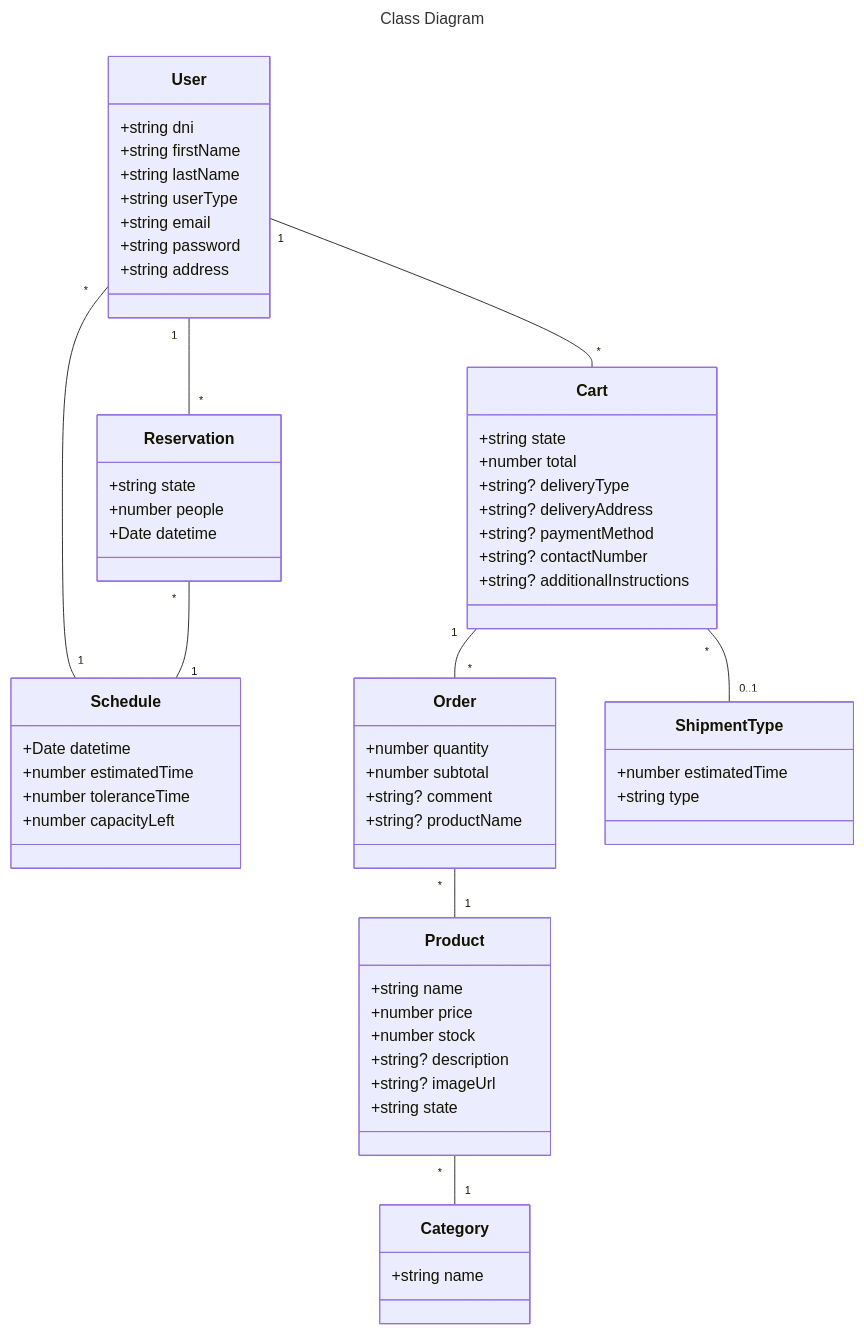
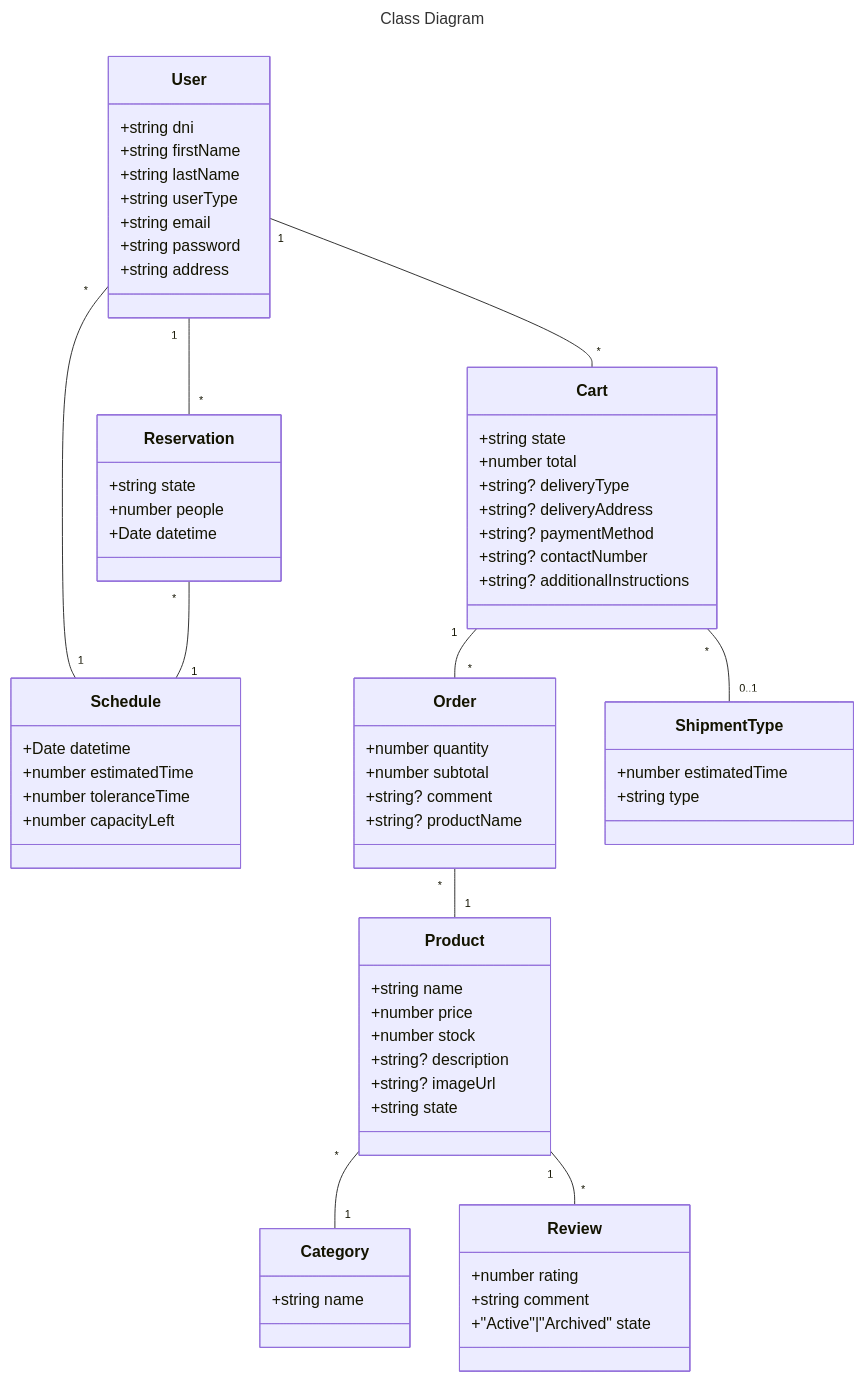
One commit to FacundoLpl/TP-Dsw changed the diagram in README.md. Above: the diagram before and after it, drawn with Mermaid. The commit also changed other lines of this file, not shown here.

````diff
--- a/README.md
+++ b/README.md
@@ -31,75 +31,83 @@
 ```mermaid
 ---
 title: Class Diagram
 ---
 classDiagram
 
 %% Relaciones
 User "1" -- "*" Cart
 User "1" -- "*" Reservation
 User "*" -- "1" Schedule
 Cart "1" -- "*" Order
 Cart "*" -- "0..1" ShipmentType
 Order "*" -- "1" Product
 Product "*" -- "1" Category
 Reservation "*" -- "1" Schedule
+Product "1" -- "*" Review
 
 %% Clases
 class User {
   +string dni
   +string firstName
   +string lastName
   +string userType
   +string email
   +string password
   +string address
 }
 
 class Cart {
   +string state
   +number total
   +string? deliveryType
   +string? deliveryAddress
   +string? paymentMethod
   +string? contactNumber
   +string? additionalInstructions
 }
 
 class Order {
   +number quantity
   +number subtotal
   +string? comment
   +string? productName
 }
 
 class Product {
   +string name
   +number price
   +number stock
   +string? description
   +string? imageUrl
   +string state
 }
 
 class Category {
   +string name
 }
 
 class ShipmentType {
   +number estimatedTime
   +string type
 }
 
 class Reservation {
   +string state
   +number people
   +Date datetime
 }
 
 class Schedule {
   +Date datetime
   +number estimatedTime
   +number toleranceTime
   +number capacityLeft
 }
+
+class Review {
+  +number rating
+  +string comment
+  +"Active"|"Archived" state
+}
+
 ```
````
